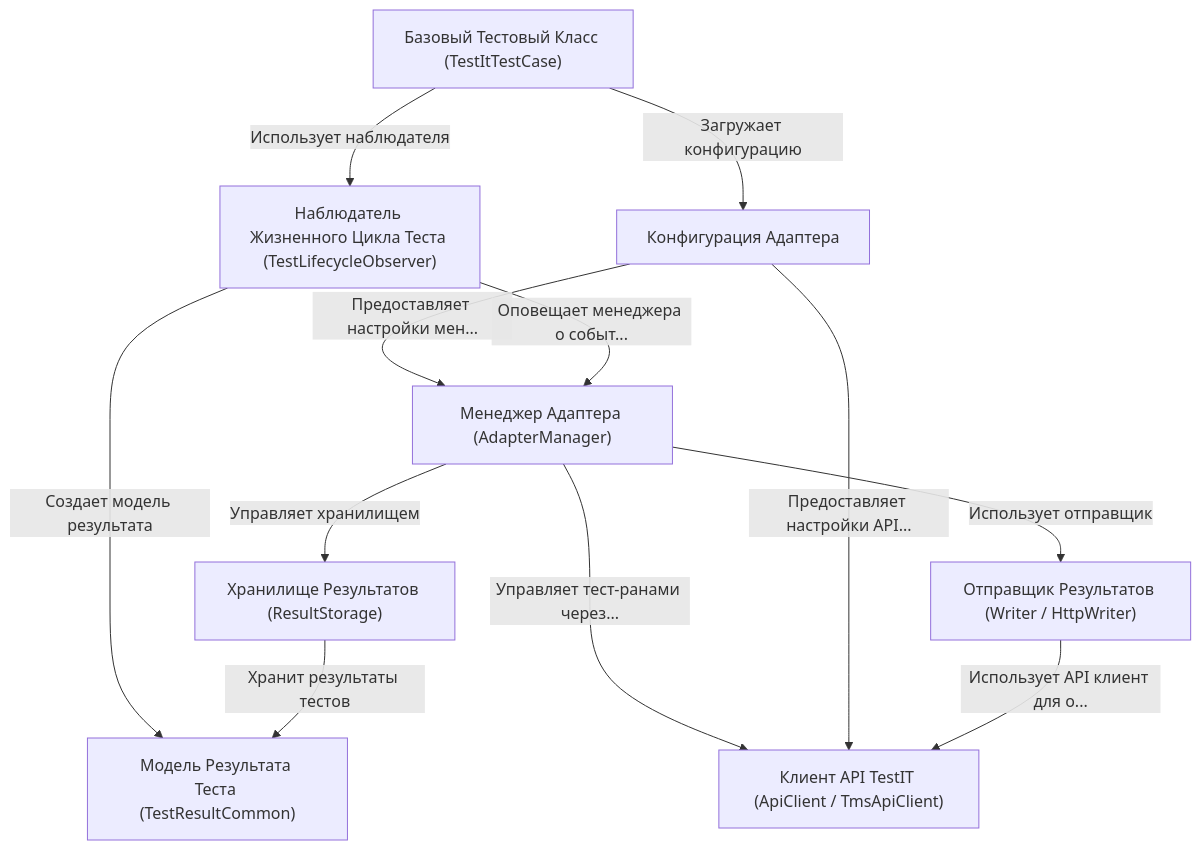
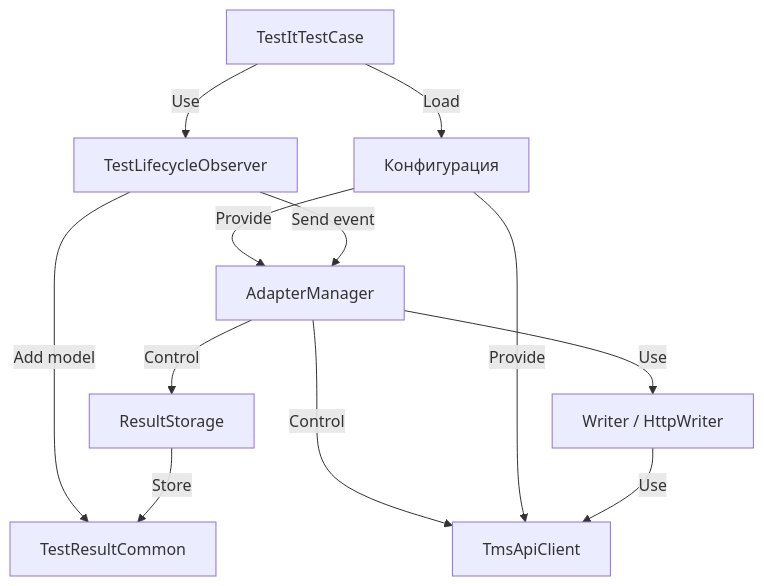
Before and after one commit to testit-tms/adapters-swift: the diagram in docs/index.md, drawn with Mermaid.

````diff
--- a/docs/index.md
+++ b/docs/index.md
@@ -10,30 +10,30 @@
 ```mermaid
 flowchart TD
-    A0["Базовый Тестовый Класс (TestItTestCase)
+    A0["TestItTestCase
 "]
-    A1["Менеджер Адаптера (AdapterManager)
+    A1["AdapterManager
 "]
-    A2["Конфигурация Адаптера
+    A2["Конфигурация
 "]
-    A3["Клиент API TestIT (ApiClient / TmsApiClient)
+    A3["TmsApiClient
 "]
-    A4["Наблюдатель Жизненного Цикла Теста (TestLifecycleObserver)
+    A4["TestLifecycleObserver
 "]
-    A5["Модель Результата Теста (TestResultCommon)
+    A5["TestResultCommon
 "]
-    A6["Хранилище Результатов (ResultStorage)
+    A6["ResultStorage
 "]
-    A7["Отправщик Результатов (Writer / HttpWriter)
+    A7["Writer / HttpWriter
 "]
-    A0 -- "Использует наблюдателя" --> A4
-    A0 -- "Загружает конфигурацию" --> A2
-    A1 -- "Управляет хранилищем" --> A6
-    A1 -- "Использует отправщик" --> A7
-    A1 -- "Управляет тест-ранами через..." --> A3
-    A2 -- "Предоставляет настройки мен..." --> A1
-    A2 -- "Предоставляет настройки API..." --> A3
-    A4 -- "Оповещает менеджера о событ..." --> A1
-    A4 -- "Создает модель результата" --> A5
-    A6 -- "Хранит результаты тестов" --> A5
-    A7 -- "Использует API клиент для о..." --> A3
+    A0 -- "Use" --> A4
+    A0 -- "Load" --> A2
+    A1 -- "Control" --> A6
+    A1 -- "Use" --> A7
+    A1 -- "Control" --> A3
+    A2 -- "Provide" --> A1
+    A2 -- "Provide" --> A3
+    A4 -- "Send event" --> A1
+    A4 -- "Add model" --> A5
+    A6 -- "Store" --> A5
+    A7 -- "Use" --> A3
 ```
````
